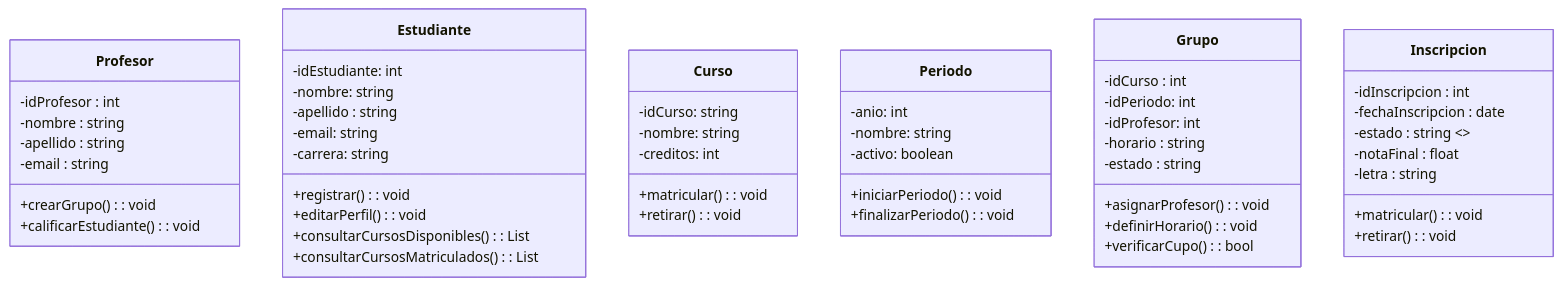
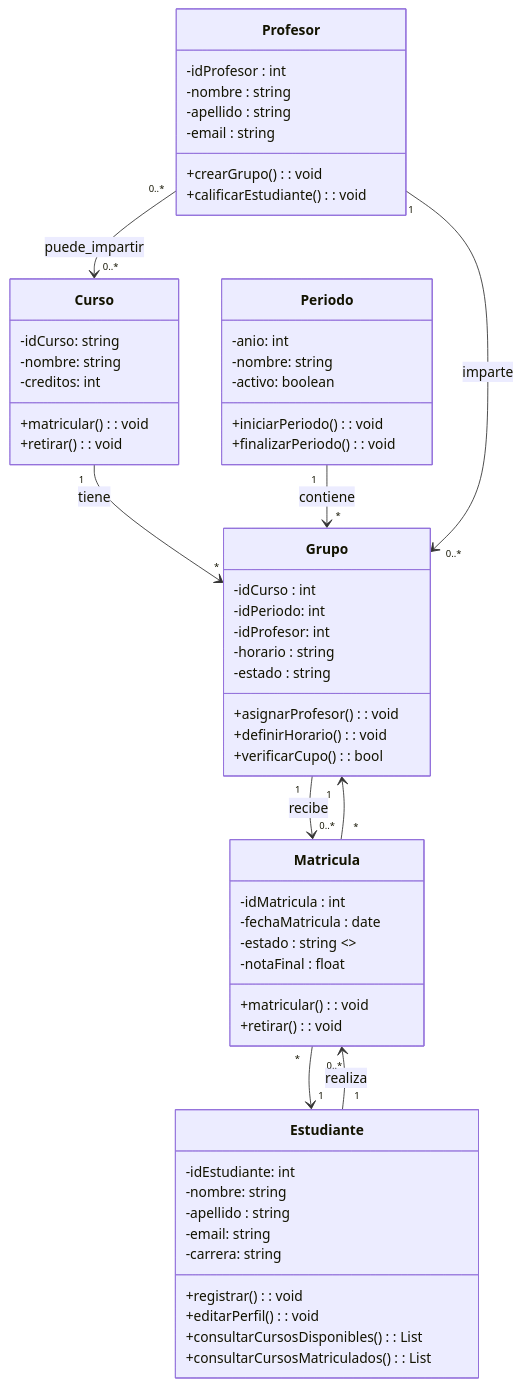
The diagram in Lab01/Diagrama de clase.mmd (TOACR/II-51-Laboratorios), drawn with Mermaid before and after one commit.

Commit message:
Últimos cambios realizados

```diff
--- a/Lab01/Diagrama de clase.mmd
+++ b/Lab01/Diagrama de clase.mmd
@@ -1,73 +1,67 @@
 classDiagram
     class Profesor {
         -idProfesor : int
         -nombre : string
         -apellido : string
         -email : string
         +crearGrupo() : void
         +calificarEstudiante(): void
     }
 
     class Estudiante {
         -idEstudiante: int
         -nombre: string
         -apellido : string
         -email: string
         -carrera: string
         +registrar(): void
         +editarPerfil(): void
         +consultarCursosDisponibles(): List<Curso>
         +consultarCursosMatriculados(): List<Curso>
     }
  
     class Curso {
         -idCurso: string
         -nombre: string
         -creditos: int
         +matricular(): void
         +retirar(): void
     }
 
     class Periodo {
         -anio: int
         -nombre: string
         -activo: boolean
         +iniciarPeriodo(): void
         +finalizarPeriodo(): void
     }
 
     class Grupo {
         -idCurso : int
         -idPeriodo: int
         -idProfesor: int
         -horario : string
         -estado : string
         +asignarProfesor() : void
         +definirHorario(): void
         +verificarCupo() : bool
     }
 
-    class Inscripcion {
-      -idInscripcion : int
-      -fechaInscripcion : date
+    class Matricula {
+      -idMatricula : int
+      -fechaMatricula : date
       -estado : string  <<ej: "Matriculado","Retirado">>
       -notaFinal : float
-      -letra : string
       +matricular() : void
       +retirar() : void
     }
+    
     %% Relaciones simplificadas con cardinalidades
-
-    %%Curso "1" --> "*" Grupo : tiene
-    %%Periodo "1" --> "*" Grupo : contiene
-    %%Profesor "1" --> "0..*" Grupo : imparte
-    %%Profesor "0..*" --> "0..*" Curso : puede_impartir
-    %%Estudiante "1" --> "0..*" Inscripcion : realiza
-    %%Grupo "1" --> "0..*" Inscripcion : recibe
-    %%Inscripcion "*" --> "1" Estudiante
-    %%Inscripcion "*" --> "1" Grupo
-   
-
-    %%Estudiante "1" --> "*" PeriodoCurso: matriculado en
-    %%Curso "1" --> "*" Periodo : ofrecido en
-    %%Periodo "1" --> PeriodoCurso : contiene
+    Curso "1" --> "*" Grupo : tiene
+    Periodo "1" --> "*" Grupo : contiene
+    Profesor "1" --> "0..*" Grupo : imparte
+    Estudiante "1" --> "0..*" Matricula : realiza
+    Grupo "1" --> "0..*" Matricula : recibe
+    Matricula "*" --> "1" Estudiante
+    Matricula "*" --> "1" Grupo
+    Profesor "0..*" --> "0..*" Curso : puede_impartir
```
